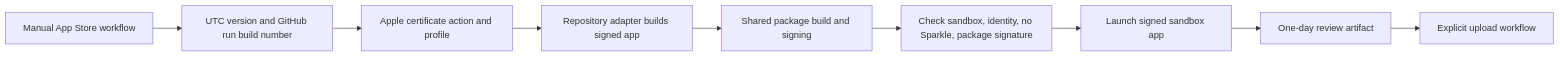
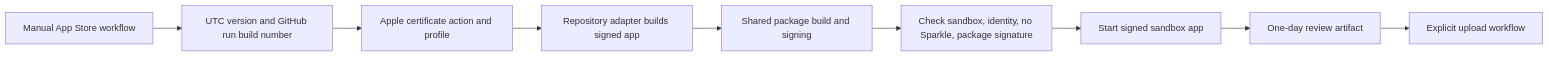
The diagram in MACOS_APP_STORE.md (YunaBraska/YunaBraska), drawn with Mermaid before and after one commit. The commit also changed other lines of this file and 1 other file, not shown here.

Commit message:
fix: smoke test store apps without LaunchServices (#114)

````diff
--- a/MACOS_APP_STORE.md
+++ b/MACOS_APP_STORE.md
@@ -5,11 +5,11 @@
 ```mermaid
 flowchart LR
   M[Manual App Store workflow] --> V[UTC version and GitHub run build number]
   V --> S[Apple certificate action and profile]
   S --> A[Repository adapter builds signed app]
   A --> P[Shared package build and signing]
   P --> C[Check sandbox, identity, no Sparkle, package signature]
-  C --> T[Launch signed sandbox app]
+  C --> T[Start signed sandbox app]
   T --> R[One-day review artifact]
   R --> U[Explicit upload workflow]
 ```
````
